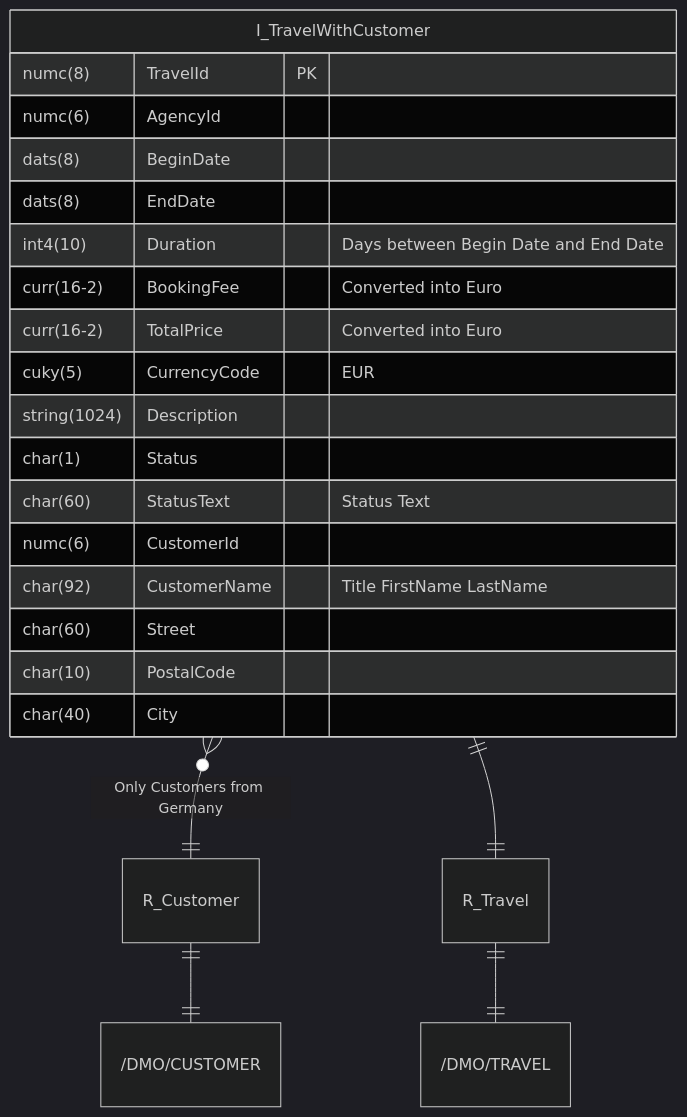
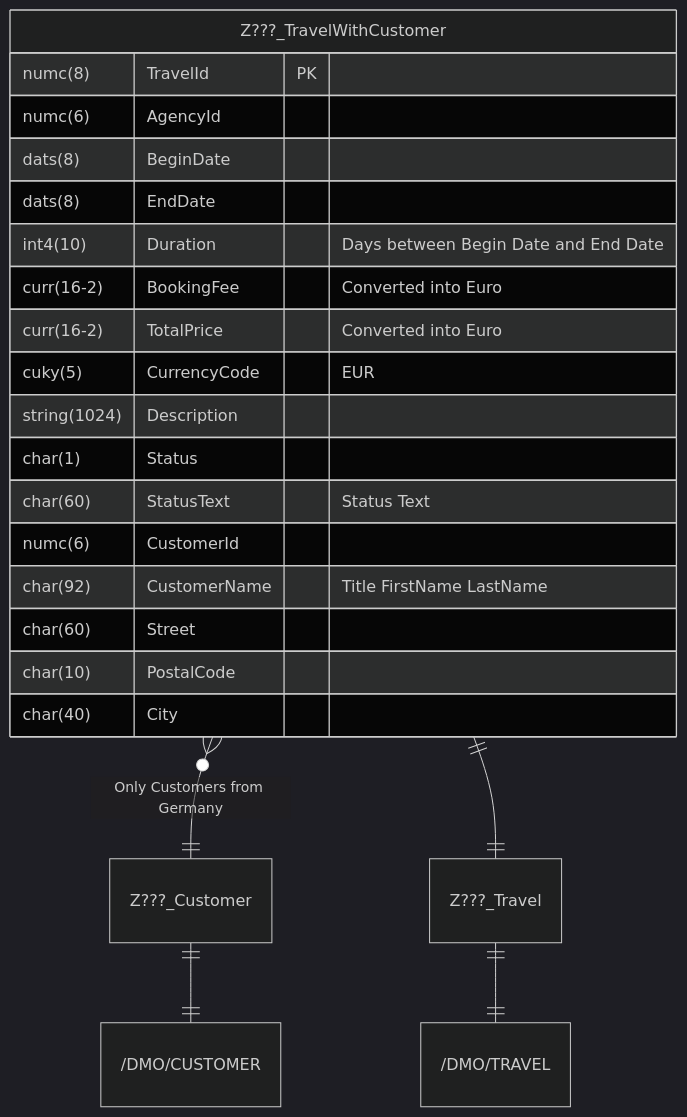
One commit to appenmaier/s4hana changed the diagram in docs/exercises/abap-cds/abap-cds-04.md. Above: the diagram before and after it, drawn with Mermaid (dark theme). The commit also changed other lines of this file and 38 other files, not shown here.

````diff
--- a/docs/exercises/abap-cds/abap-cds-04.md
+++ b/docs/exercises/abap-cds/abap-cds-04.md
@@ -10,27 +10,27 @@
 ```mermaid
 erDiagram
 
-    R_Customer ||--|| "/DMO/CUSTOMER" : ""
-    R_Travel ||--|| "/DMO/TRAVEL" : ""
-    I_TravelWithCustomer }o--|| R_Customer : "Only Customers from Germany"
-    I_TravelWithCustomer ||--|| R_Travel : ""
+    "Z???_Customer" ||--|| "/DMO/CUSTOMER" : ""
+    "Z???_Travel" ||--|| "/DMO/TRAVEL" : ""
+    "Z???_TravelWithCustomer" }o--|| "Z???_Customer" : "Only Customers from Germany"
+    "Z???_TravelWithCustomer" ||--|| "Z???_Travel" : ""
 
-    I_TravelWithCustomer {
+    "Z???_TravelWithCustomer" {
         numc(8) TravelId PK
         numc(6) AgencyId
         dats(8) BeginDate
         dats(8) EndDate
         int4(10) Duration "Days between Begin Date and End Date"
         curr(16-2) BookingFee "Converted into Euro"
         curr(16-2) TotalPrice "Converted into Euro"
         cuky(5) CurrencyCode "EUR"
         string(1024) Description
         char(1) Status
         char(60) StatusText "Status Text"
         numc(6) CustomerId
         char(92) CustomerName "Title FirstName LastName"
         char(60) Street
         char(10) PostalCode
         char(40) City
     }
 ```
````
